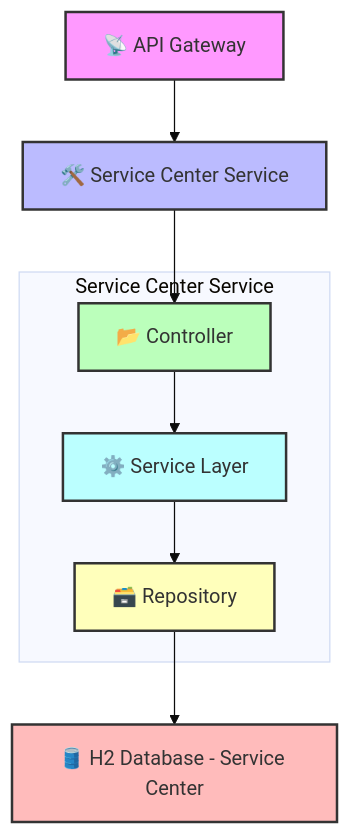
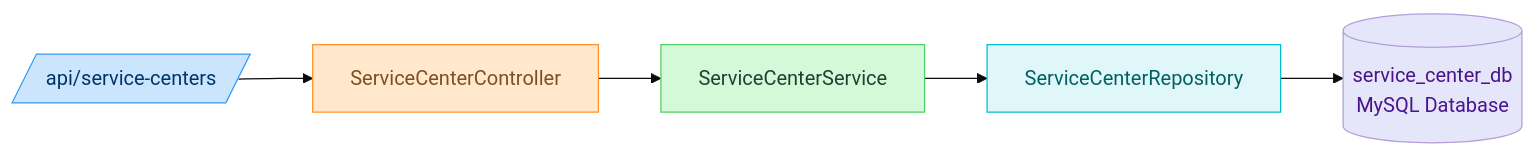
Before and after one commit to rajshinde-cognizant/JAVA-FSE-PROJECT: the first of 3 diagrams in Service_center_management.md, drawn with Mermaid (base theme). The commit also changed other lines of this file, not shown here.

````diff
--- a/Service_center_management.md
+++ b/Service_center_management.md
@@ -25,21 +101,19 @@
 ```mermaid
-graph TD
-    style A fill:#f9f,stroke:#333,stroke-width:2px
-    style B fill:#bbf,stroke:#333,stroke-width:2px
-    style C fill:#bfb,stroke:#333,stroke-width:2px
-    style D fill:#bff,stroke:#333,stroke-width:2px
-    style E fill:#ffb,stroke:#333,stroke-width:2px
-    style F fill:#fbb,stroke:#333,stroke-width:2px
+flowchart LR
+  A[/api/service-centers/] --> B[ServiceCenterController]
+  B --> C[ServiceCenterService]
+  C --> D[ServiceCenterRepository]
+  D --> E[(service_center_db<br>MySQL Database)]
 
-    A[📡 API Gateway] --> B[🛠️ Service Center Service]
-    B --> C[📂 Controller]
-    C --> D[⚙️ Service Layer]
-    D --> E[🗃️ Repository]
-    E --> F[🛢️ H2 Database - Service Center]
+  classDef endpoint fill:#cce5ff,stroke:#339af0,color:#003566
+  classDef controller fill:#ffe8cc,stroke:#ff922b,color:#7f4f24
+  classDef service fill:#d3f9d8,stroke:#51cf66,color:#1b4332
+  classDef repository fill:#e0f7fa,stroke:#00bcd4,color:#006064
+  classDef database fill:#e6e6fa,stroke:#b39ddb,color:#4a148c
 
-    subgraph Service Center Service
-        C
-        D
-        E
-    end
+  class A endpoint
+  class B controller
+  class C service
+  class D repository
+  class E database
 ```
````
